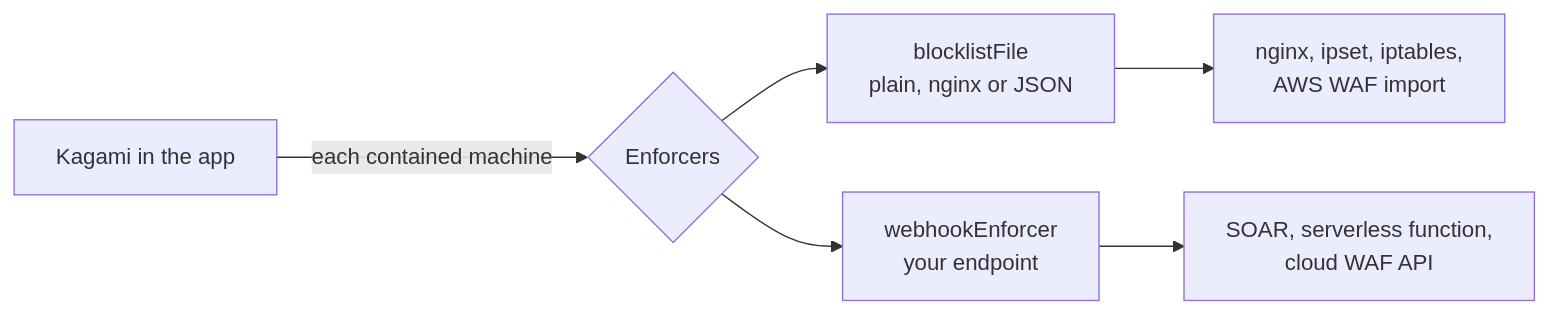
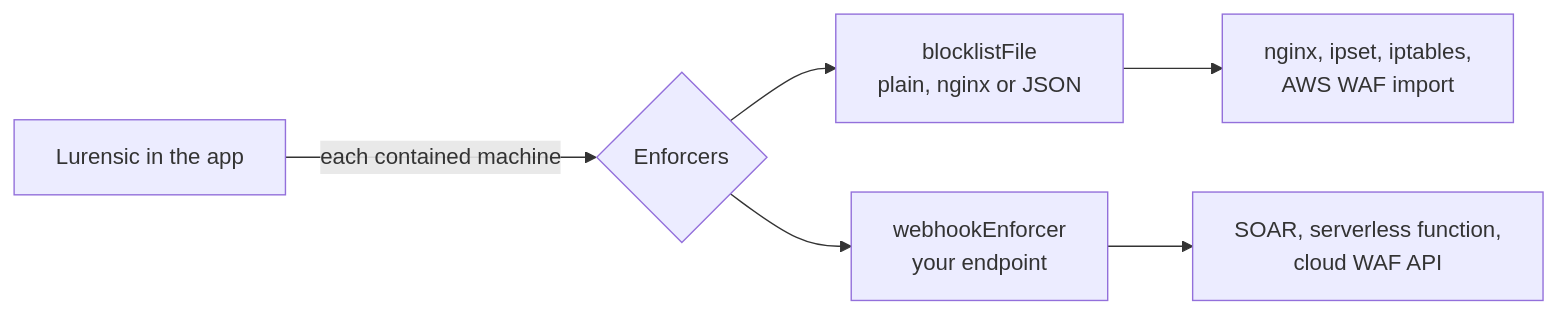
One commit to agenticslabs-xyz/lurensic changed the fifth of 5 diagrams in docs/guides/how-it-works.md. Above: the diagram before and after it, drawn with Mermaid. The commit also changed other lines of this file and 88 other files, not shown here.

First line of the commit message:
Rename Kagami to Lurensic (#8)

````diff
--- a/docs/guides/how-it-works.md
+++ b/docs/guides/how-it-works.md
@@ -123,8 +123,8 @@
 ```mermaid
 flowchart LR
-    K["Kagami in the app"] -->|"each contained machine"| E{"Enforcers"}
+    K["Lurensic in the app"] -->|"each contained machine"| E{"Enforcers"}
     E --> F["blocklistFile<br/>plain, nginx or JSON"]
     E --> W["webhookEnforcer<br/>your endpoint"]
     F --> N["nginx, ipset, iptables,<br/>AWS WAF import"]
     W --> S["SOAR, serverless function,<br/>cloud WAF API"]
 ```
````
